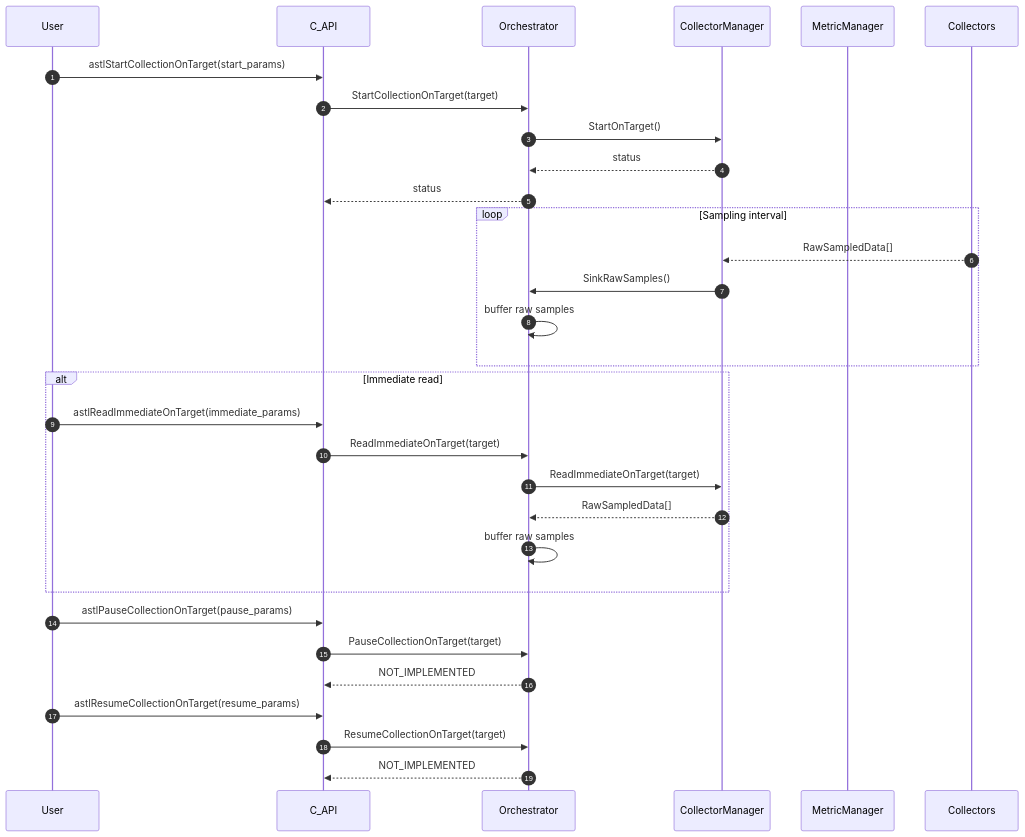
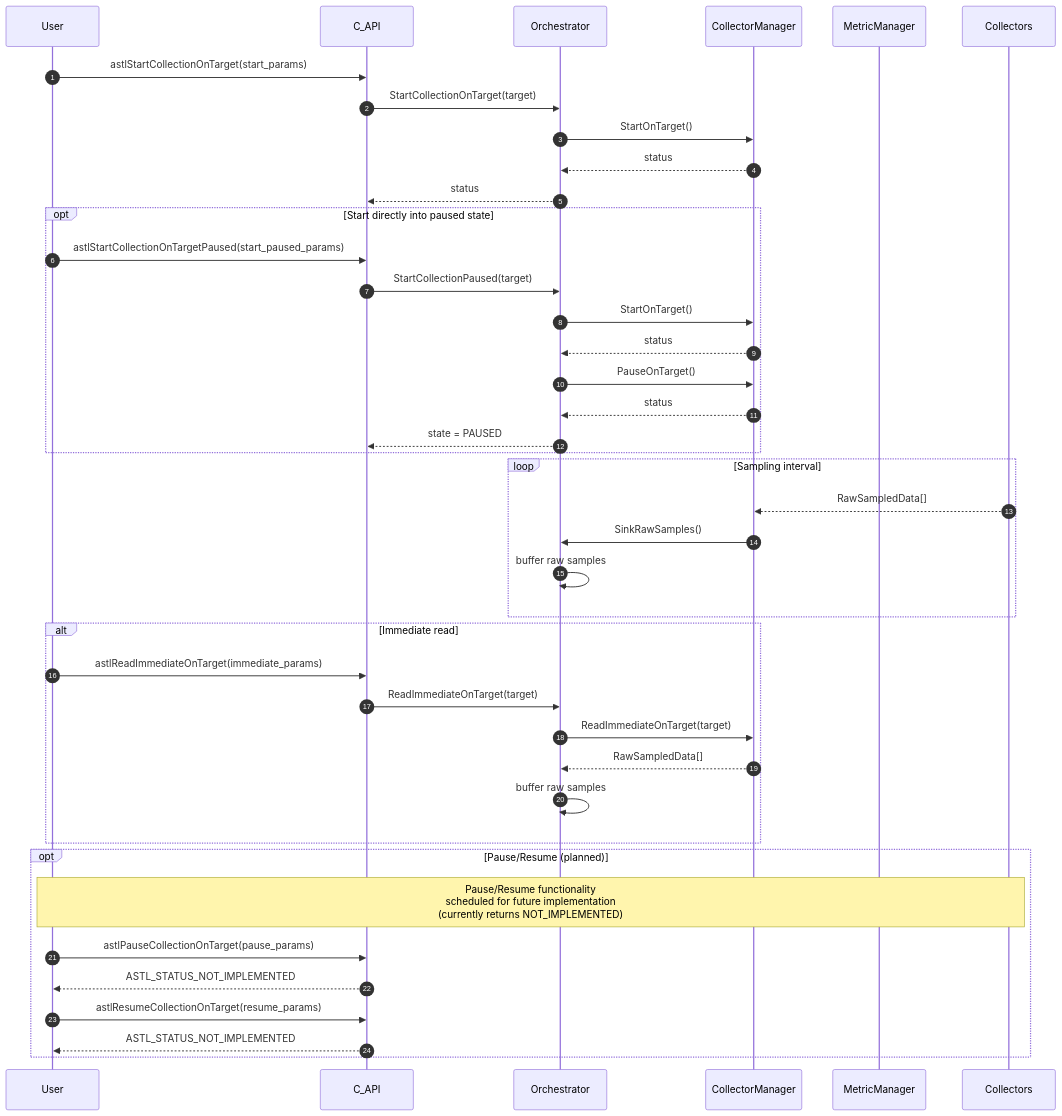
One commit to arm/ASTL changed the diagram in doc/design/system_phase_collection.mmd. Above: the diagram before and after it, drawn with Mermaid. The commit also changed 25 other files, not shown here.

First line of the commit message:
[ASTL-356] Add paused-start collection APIs (#395)

```diff
--- a/doc/design/system_phase_collection.mmd
+++ b/doc/design/system_phase_collection.mmd
@@ -1,42 +1,53 @@
 %% SPDX-FileCopyrightText: 2026 Arm Limited and/or its affiliates <open-source-office@arm.com>
 %%
 %% SPDX-License-Identifier: Apache-2.0
 
 %% System Phase: Interval Collection & Immediate Read
-%% Focus: start, sampling loop, immediate read, pause/resume stubs
+%% Focus: start, paused start, sampling loop, immediate read, pause/resume
 sequenceDiagram
     autonumber
     participant User
     participant API as C_API
     participant Orchestrator
     participant CollectorManager as CollectorManager
     participant MetricManager as MetricManager
     participant Collectors
 
     User->>API: astlStartCollectionOnTarget(start_params)
     API->>Orchestrator: StartCollectionOnTarget(target)
     Orchestrator->>CollectorManager: StartOnTarget()
     CollectorManager-->>Orchestrator: status
     Orchestrator-->>API: status
 
+    opt Start directly into paused state
+        User->>API: astlStartCollectionOnTargetPaused(start_paused_params)
+        API->>Orchestrator: StartCollectionPaused(target)
+        Orchestrator->>CollectorManager: StartOnTarget()
+        CollectorManager-->>Orchestrator: status
+        Orchestrator->>CollectorManager: PauseOnTarget()
+        CollectorManager-->>Orchestrator: status
+        Orchestrator-->>API: state = PAUSED
+    end
+
     loop Sampling interval
     Collectors-->>CollectorManager: RawSampledData[]
     CollectorManager->>Orchestrator: SinkRawSamples()
         Orchestrator->>Orchestrator: buffer raw samples
     end
 
     alt Immediate read
         User->>API: astlReadImmediateOnTarget(immediate_params)
         API->>Orchestrator: ReadImmediateOnTarget(target)
     Orchestrator->>CollectorManager: ReadImmediateOnTarget(target)
     CollectorManager-->>Orchestrator: RawSampledData[]
         Orchestrator->>Orchestrator: buffer raw samples
     end
 
-    User->>API: astlPauseCollectionOnTarget(pause_params)
-    API->>Orchestrator: PauseCollectionOnTarget(target)
-    Orchestrator-->>API: NOT_IMPLEMENTED
-
-    User->>API: astlResumeCollectionOnTarget(resume_params)
-    API->>Orchestrator: ResumeCollectionOnTarget(target)
-    Orchestrator-->>API: NOT_IMPLEMENTED
+    opt Pause/Resume (planned)
+        Note over User,Collectors: Pause/Resume functionality<br/>scheduled for future implementation<br/>(currently returns NOT_IMPLEMENTED)
+        User->>API: astlPauseCollectionOnTarget(pause_params)
+        API-->>User: ASTL_STATUS_NOT_IMPLEMENTED
+        
+        User->>API: astlResumeCollectionOnTarget(resume_params)
+        API-->>User: ASTL_STATUS_NOT_IMPLEMENTED
+    end
```
